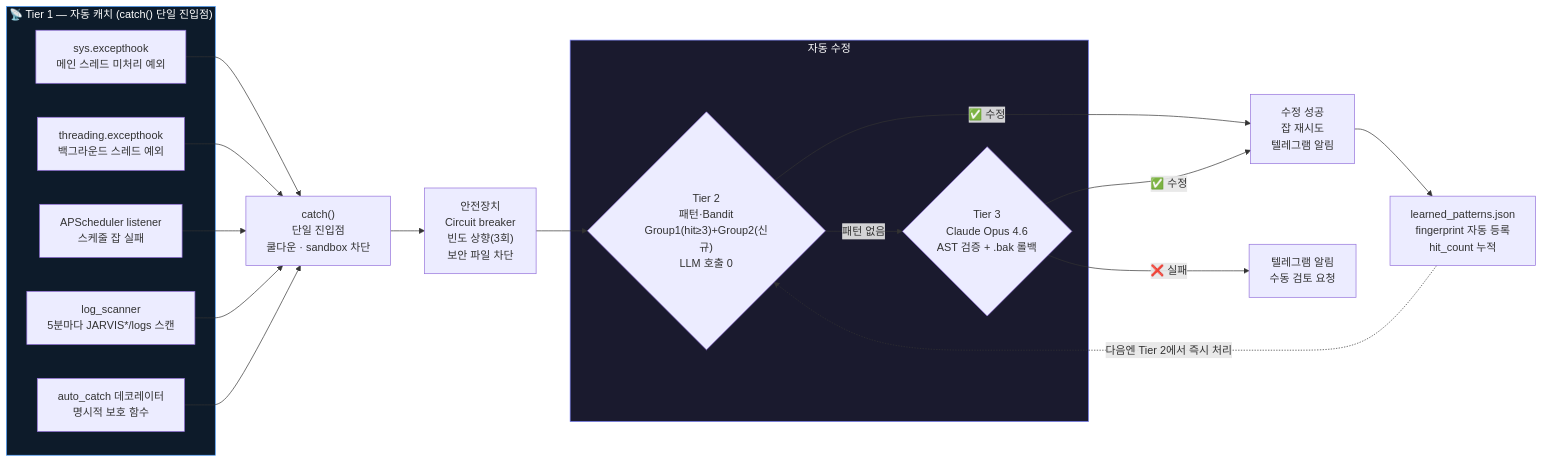
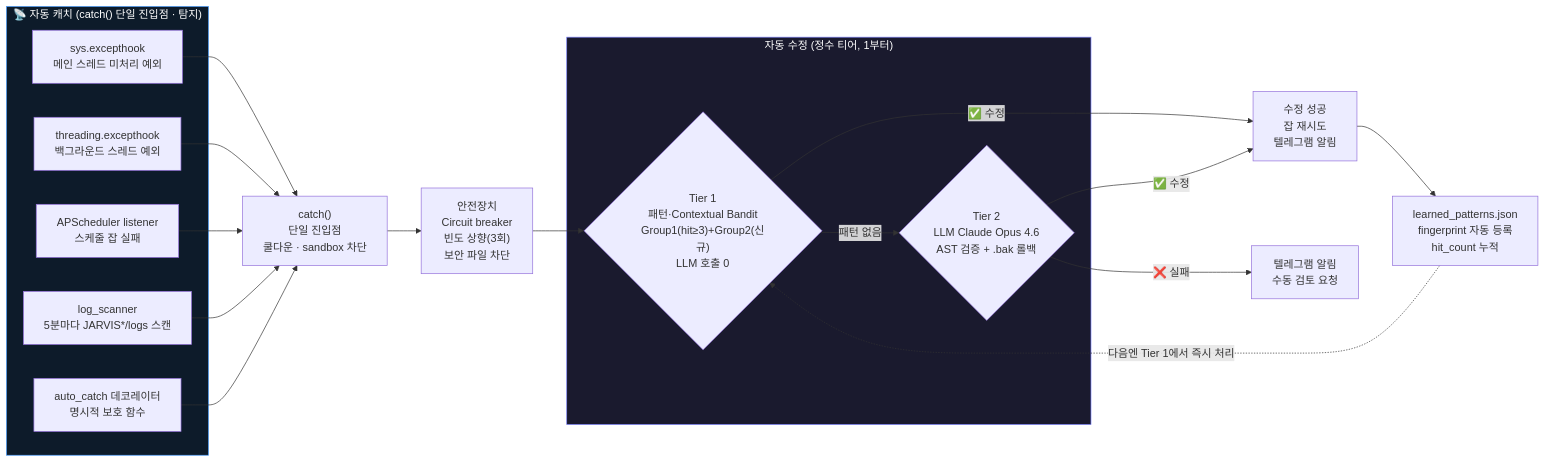
One commit to youandi3535/jarvis-agent changed the third of 3 diagrams in README.md. Above: the diagram before and after it, drawn with Mermaid. The commit also changed other lines of this file and 16 other files, not shown here.

First line of the commit message:
hj : 티어 아키텍처 단일 진실 소스 도입 — architecture.py + 전체 일관화

````diff
--- a/README.md
+++ b/README.md
@@ -151,33 +151,33 @@
 ```mermaid
 flowchart LR
-    subgraph CATCH["📡 Tier 1 — 자동 캐치 (catch() 단일 진입점)"]
+    subgraph CATCH["📡 자동 캐치 (catch() 단일 진입점 · 탐지)"]
         H1["sys.excepthook\n메인 스레드 미처리 예외"]
         H2["threading.excepthook\n백그라운드 스레드 예외"]
         H3["APScheduler listener\n스케줄 잡 실패"]
         H4["log_scanner\n5분마다 JARVIS*/logs 스캔"]
         H5["auto_catch 데코레이터\n명시적 보호 함수"]
     end
 
     H1 & H2 & H3 & H4 & H5 --> C["catch()\n단일 진입점\n쿨다운 · sandbox 차단"]
 
     C --> SAFE["안전장치\nCircuit breaker\n빈도 상향(3회)\n보안 파일 차단"]
 
-    SAFE --> T2
+    SAFE --> T1
 
-    subgraph TIERS["자동 수정"]
-        T2{"Tier 2\n패턴·Bandit\nGroup1(hit≥3)+Group2(신규)\nLLM 호출 0"}
-        T3{"Tier 3\nClaude Opus 4.6\nAST 검증 + .bak 롤백"}
+    subgraph TIERS["자동 수정 (정수 티어, 1부터)"]
+        T1{"Tier 1\n패턴·Contextual Bandit\nGroup1(hit≥3)+Group2(신규)\nLLM 호출 0"}
+        T2{"Tier 2\nLLM Claude Opus 4.6\nAST 검증 + .bak 롤백"}
     end
 
+    T1 -->|"✅ 수정"| OK
+    T1 -->|"패턴 없음"| T2
     T2 -->|"✅ 수정"| OK
-    T2 -->|"패턴 없음"| T3
-    T3 -->|"✅ 수정"| OK
 
     OK["수정 성공\n잡 재시도\n텔레그램 알림"] --> LEARN["learned_patterns.json\nfingerprint 자동 등록\nhit_count 누적"]
-    LEARN -. "다음엔 Tier 2에서 즉시 처리" .-> T2
+    LEARN -. "다음엔 Tier 1에서 즉시 처리" .-> T1
 
-    T3 -->|"❌ 실패"| ESC["텔레그램 알림\n수동 검토 요청"]
+    T2 -->|"❌ 실패"| ESC["텔레그램 알림\n수동 검토 요청"]
 
     style CATCH fill:#0d1b2a,stroke:#4a9eff,color:#fff
     style TIERS fill:#1a1a2e,stroke:#7c83fd,color:#fff
 ```
````
